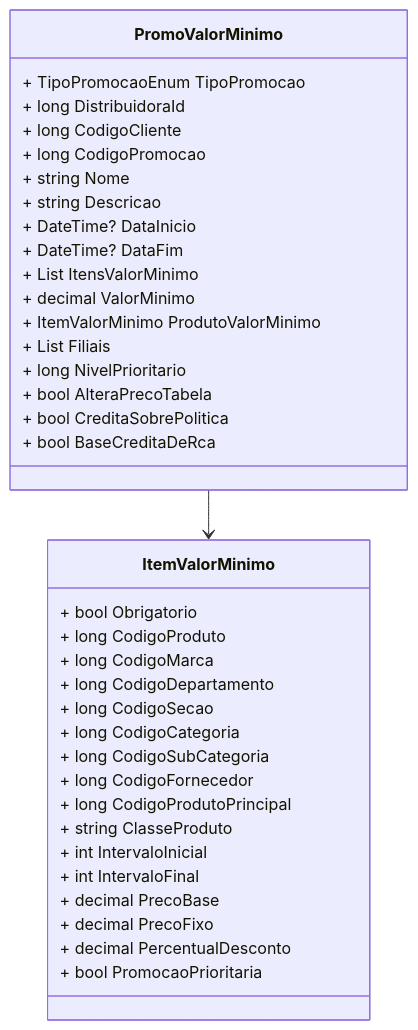
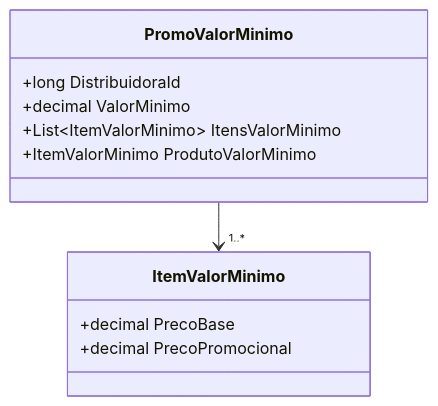
Before and after one commit to IsthmusSistemas/documentacao-tecnica: the second of 2 diagrams in docs/b2b-dominio/IsthmusWinthor.Nucleo/IsthmusWinthor.Dominio/POCO/Precos/PromoValorMinimo.md, drawn with Mermaid. The commit also changed other lines of this file and 882 other files, not shown here.

````diff
--- a/docs/b2b-dominio/IsthmusWinthor.Nucleo/IsthmusWinthor.Dominio/POCO/Precos/PromoValorMinimo.md
+++ b/docs/b2b-dominio/IsthmusWinthor.Nucleo/IsthmusWinthor.Dominio/POCO/Precos/PromoValorMinimo.md
@@ -59,42 +63,14 @@
 ```mermaid
 classDiagram
     class PromoValorMinimo {
-        + TipoPromocaoEnum TipoPromocao
-        + long DistribuidoraId
-        + long CodigoCliente
-        + long CodigoPromocao
-        + string Nome
-        + string Descricao
-        + DateTime? DataInicio
-        + DateTime? DataFim
-        + List<ItemValorMinimo> ItensValorMinimo
-        + decimal ValorMinimo
-        + ItemValorMinimo ProdutoValorMinimo
-        + List<string> Filiais
-        + long NivelPrioritario
-        + bool AlteraPrecoTabela
-        + bool CreditaSobrePolitica
-        + bool BaseCreditaDeRca
+        +long DistribuidoraId
+        +decimal ValorMinimo
+        +List~ItemValorMinimo~ ItensValorMinimo
+        +ItemValorMinimo ProdutoValorMinimo
     }
-
     class ItemValorMinimo {
-        + bool Obrigatorio
-        + long CodigoProduto
-        + long CodigoMarca
-        + long CodigoDepartamento
-        + long CodigoSecao
-        + long CodigoCategoria
-        + long CodigoSubCategoria
-        + long CodigoFornecedor
-        + long CodigoProdutoPrincipal
-        + string ClasseProduto
-        + int IntervaloInicial
-        + int IntervaloFinal
-        + decimal PrecoBase
-        + decimal PrecoFixo
-        + decimal PercentualDesconto
-        + bool PromocaoPrioritaria
+        +decimal PrecoBase
+        +decimal PrecoPromocional
     }
-
-    PromoValorMinimo --> ItemValorMinimo
+    PromoValorMinimo --> "1..*" ItemValorMinimo
 ```
````
